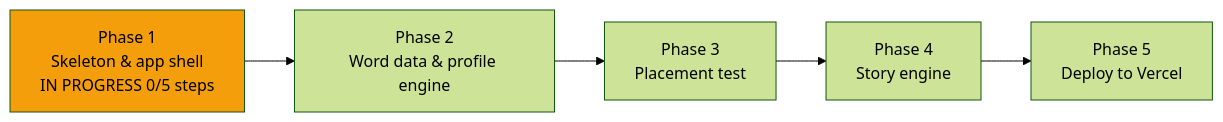
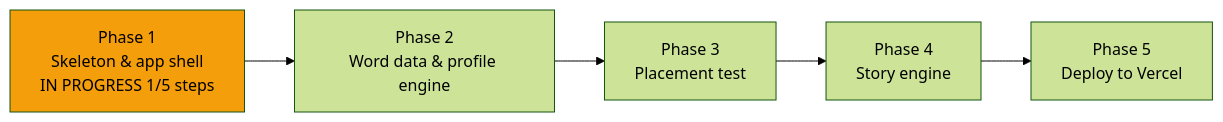
The diagram in .oplan/first-build/STATUS.md (dkreinov/magic-clinic-english), drawn with Mermaid (forest theme) before and after one commit. The commit also changed other lines of this file and 3 other files, not shown here.

````diff
--- a/.oplan/first-build/STATUS.md
+++ b/.oplan/first-build/STATUS.md
@@ -12,8 +12,8 @@
 ```mermaid
 flowchart LR
-    P1[Phase 1<br/>Skeleton & app shell<br/>IN PROGRESS 0/5 steps] --> P2[Phase 2<br/>Word data & profile engine]
+    P1[Phase 1<br/>Skeleton & app shell<br/>IN PROGRESS 1/5 steps] --> P2[Phase 2<br/>Word data & profile engine]
     P2 --> P3[Phase 3<br/>Placement test]
     P3 --> P4[Phase 4<br/>Story engine]
     P4 --> P5[Phase 5<br/>Deploy to Vercel]
     style P1 fill:#f59e0b,color:#000
 ```
````
